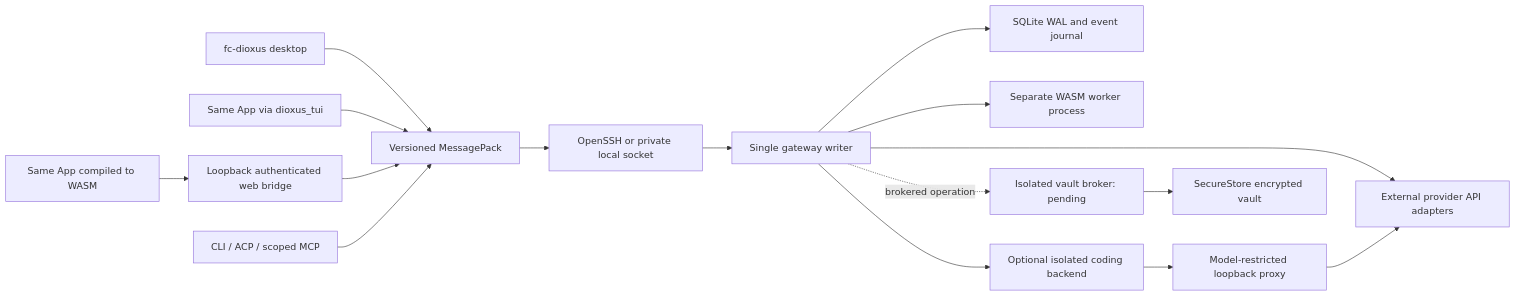
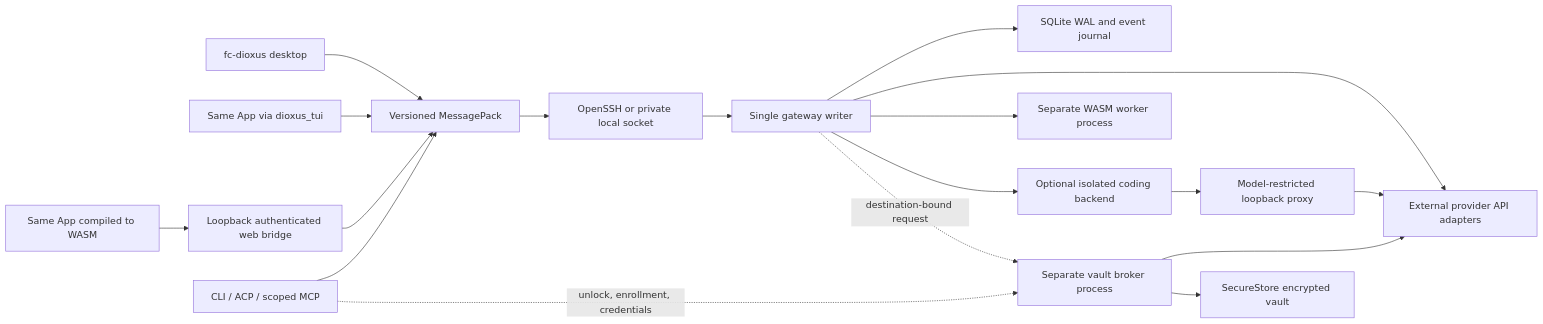
One commit to rexlunae/agent-206 changed the diagram in docs/architecture.md. Above: the diagram before and after it, drawn with Mermaid. The commit also changed other lines of this file and 27 other files, not shown here.

First line of the commit message:
Add a separate vault broker and route provider keys through it

````diff
--- a/docs/architecture.md
+++ b/docs/architecture.md
@@ -10,18 +10,20 @@
 ```mermaid
 flowchart LR
     Desktop[fc-dioxus desktop] --> Transport[Versioned MessagePack]
     TUI[Same App via dioxus_tui] --> Transport
     Web[Same App compiled to WASM] --> Bridge[Loopback authenticated web bridge]
     Bridge --> Transport
     CLI[CLI / ACP / scoped MCP] --> Transport
     Transport --> SSH[OpenSSH or private local socket]
     SSH --> Gateway[Single gateway writer]
     Gateway --> Journal[SQLite WAL and event journal]
     Gateway --> Provider[External provider API adapters]
     Gateway --> Worker[Separate WASM worker process]
     Gateway --> Backend[Optional isolated coding backend]
     Backend --> Proxy[Model-restricted loopback proxy]
     Proxy --> Provider
-    Gateway -. brokered operation .-> Vault[Isolated vault broker: pending]
+    Gateway -. destination-bound request .-> Vault[Separate vault broker process]
+    CLI -. unlock, enrollment, credentials .-> Vault
+    Vault --> Provider
     Vault --> Storage[SecureStore encrypted vault]
 ```
````
